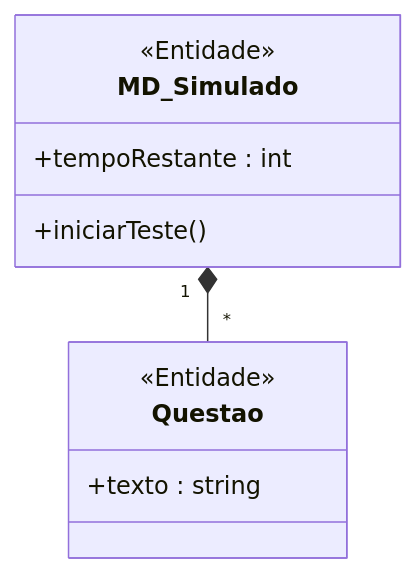
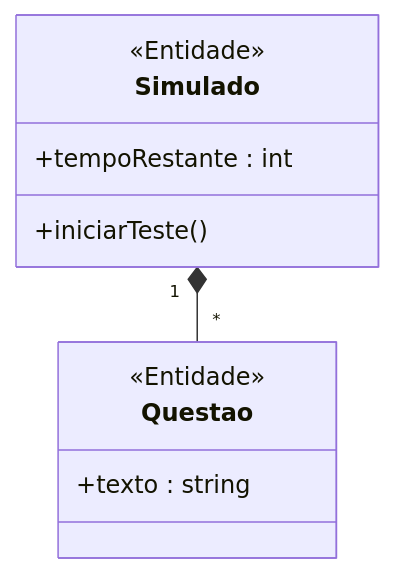
Before and after one commit to MayconDIS/PIM_III-Documentacao_UML: the first of 2 diagrams in PIM_III/02_Modelagem_UML_Astah/UC11_Realizar_Simulado_ENADE/README.md, drawn with Mermaid. The commit also changed other lines of this file and 86 other files, not shown here.

Commit message:
docs(uml): add comprehensive UML diagrams and tutorials for all 15 use cases

````diff
--- a/PIM_III/02_Modelagem_UML_Astah/UC11_Realizar_Simulado_ENADE/README.md
+++ b/PIM_III/02_Modelagem_UML_Astah/UC11_Realizar_Simulado_ENADE/README.md
@@ -51,13 +51,13 @@
 ```mermaid
 classDiagram
-    class MD_Simulado {
+    class Simulado {
         <<Entidade>>
         +tempoRestante : int
         +iniciarTeste()
     }
     class Questao {
         <<Entidade>>
         +texto : string
     }
-    MD_Simulado "1" *-- "*" Questao
+    Simulado "1" *-- "*" Questao
 ```
````
